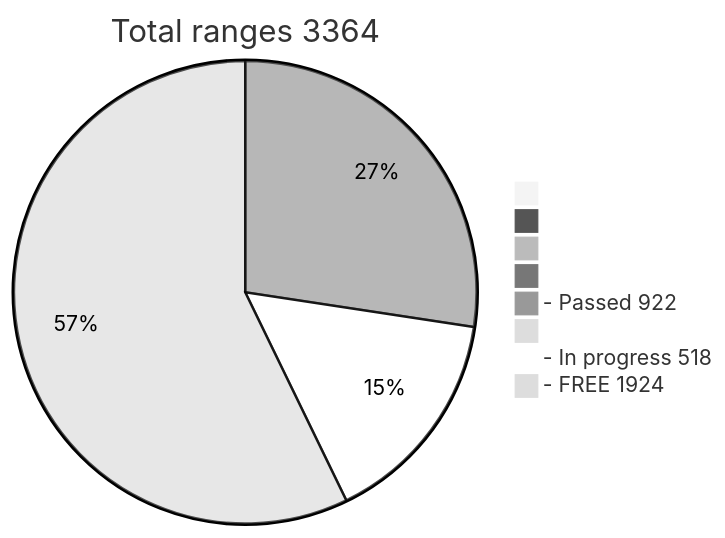
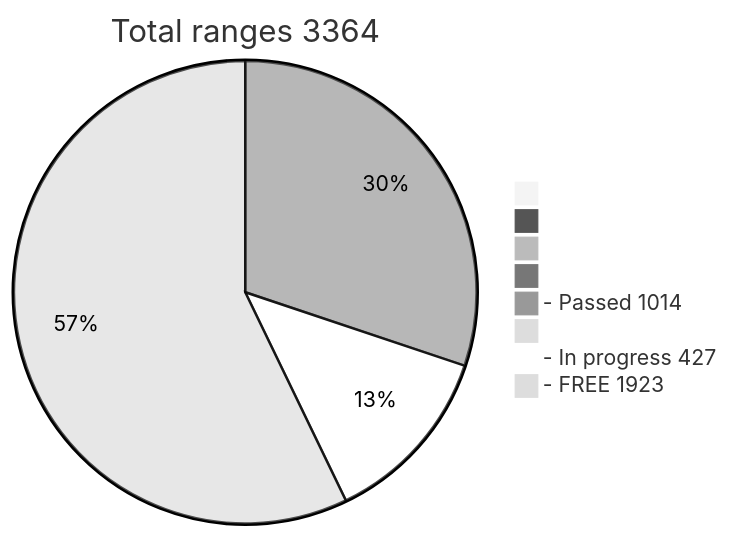
One commit to phrutis/wif500 changed the diagram in README.md. Above: the diagram before and after it, drawn with Mermaid (neutral theme).

````diff
--- a/README.md
+++ b/README.md
@@ -16,12 +16,12 @@
 ```mermaid
 pie title Total ranges 3364
              " " : 0
             "  " : 0
            "   " : 0
           "    " : 0
-  "- Passed 922" : 922
+  "- Passed 1014" : 1014
          "     " : 0
-  "- In progress 518" : 518
-   "- FREE 1924" : 1924
+  "- In progress 427" : 427
+   "- FREE 1923" : 1923
    
 ```
````
